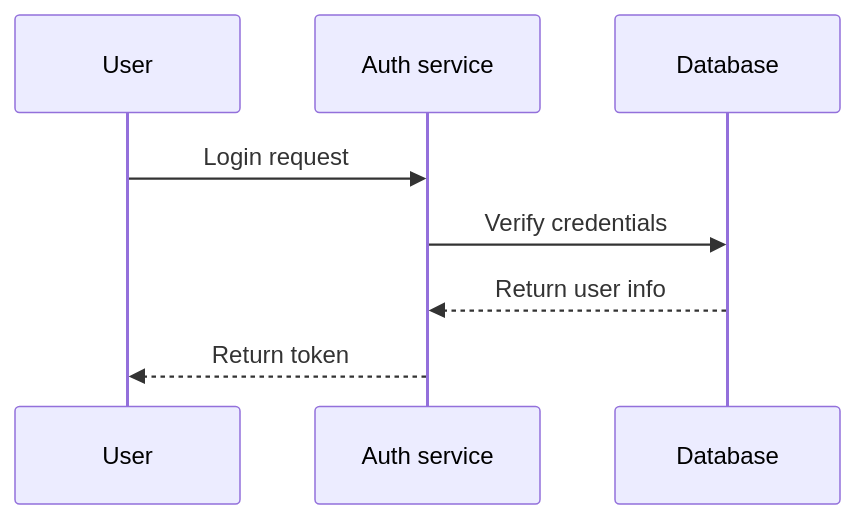
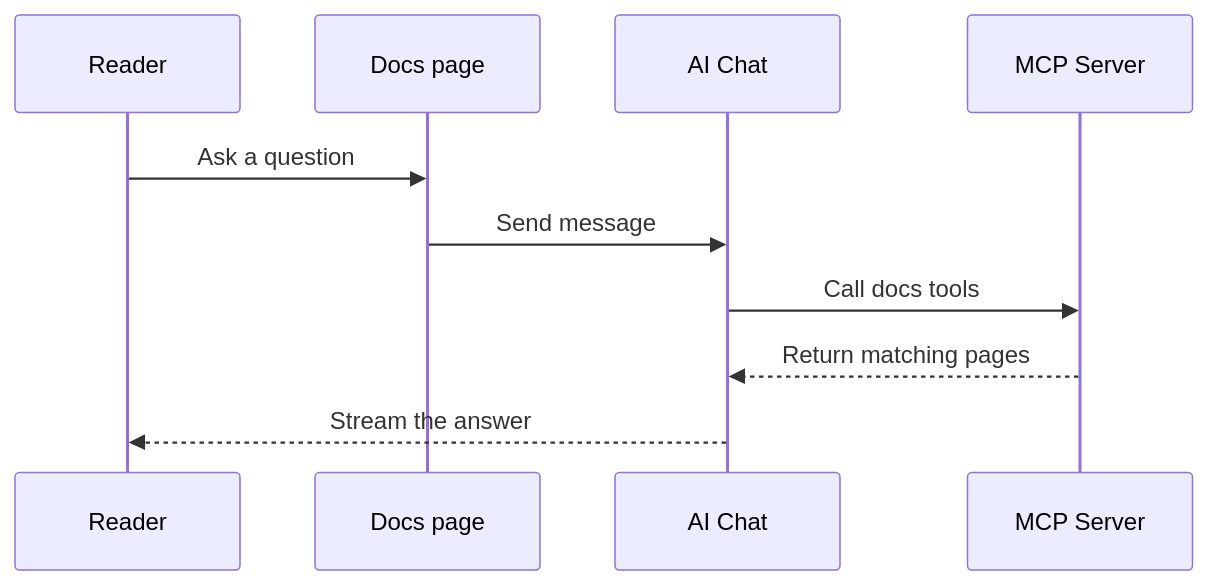
Before and after one commit to mhaibaraai/movk-nuxt-docs: the second of 7 diagrams in docs/content/en/docs/4.writing/5.mermaid.md, drawn with Mermaid. The commit also changed other lines of this file and 34 other files, not shown here.

````diff
--- a/docs/content/en/docs/4.writing/5.mermaid.md
+++ b/docs/content/en/docs/4.writing/5.mermaid.md
@@ -93,10 +100,12 @@
-```mermaid [auth-flow.mmd]
+```mermaid [ai-chat.mmd]
 sequenceDiagram
-    participant U as User
-    participant A as Auth service
-    participant D as Database
-    U->>A: Login request
-    A->>D: Verify credentials
-    D-->>A: Return user info
-    A-->>U: Return token
+    participant U as Reader
+    participant P as Docs page
+    participant A as AI Chat
+    participant M as MCP Server
+    U->>P: Ask a question
+    P->>A: Send message
+    A->>M: Call docs tools
+    M-->>A: Return matching pages
+    A-->>U: Stream the answer
 ```
````
